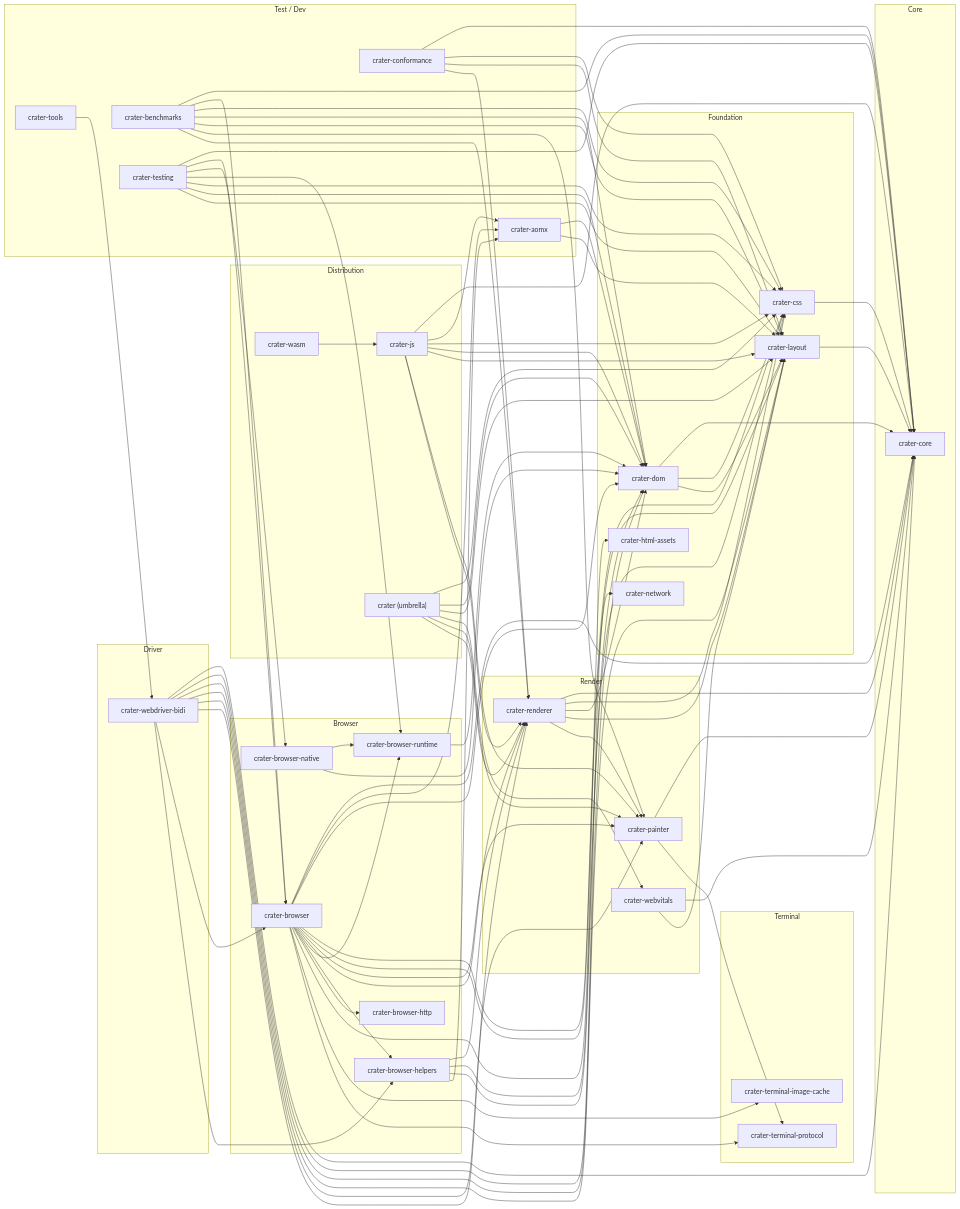
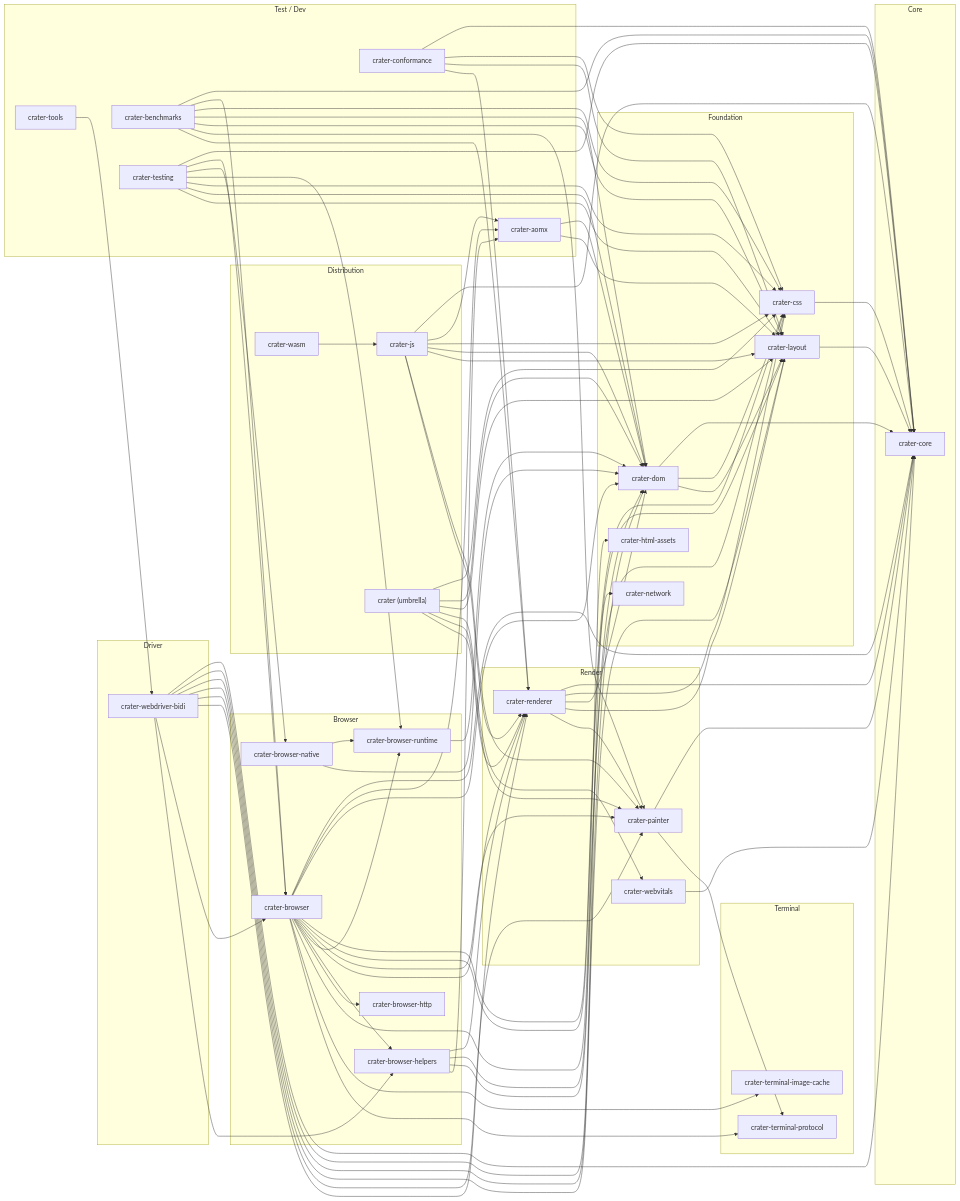
One commit to mizchi/crater changed the diagram in docs/module-graph.md. Above: the diagram before and after it, drawn with Mermaid. The commit also changed other lines of this file and 11 other files, not shown here.

First line of the commit message:
Introduce LayoutView trait; webvitals drops crater-layout dep

````diff
--- a/docs/module-graph.md
+++ b/docs/module-graph.md
@@ -126,5 +126,4 @@
   mizchi_crater_webdriver_bidi --> mizchi_crater_browser
   mizchi_crater_webdriver_bidi --> mizchi_crater_browser_helpers
   mizchi_crater_webvitals --> mizchi_crater_core
-  mizchi_crater_webvitals --> mizchi_crater_layout
 ```
````
